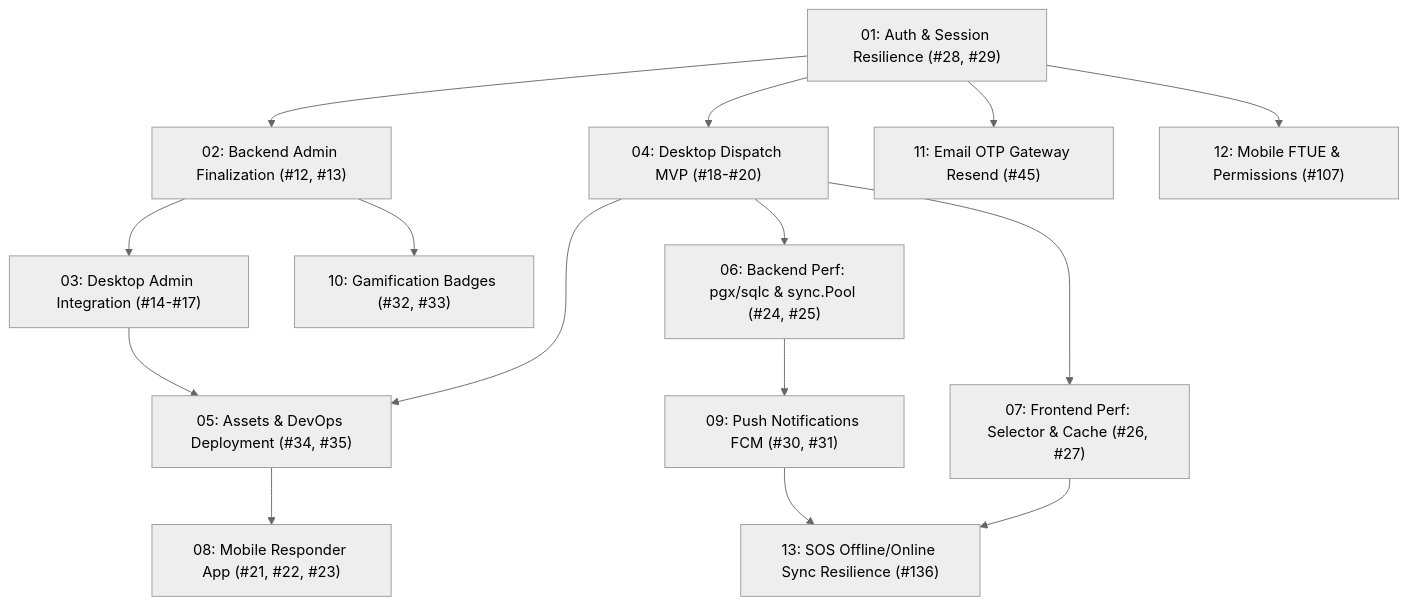
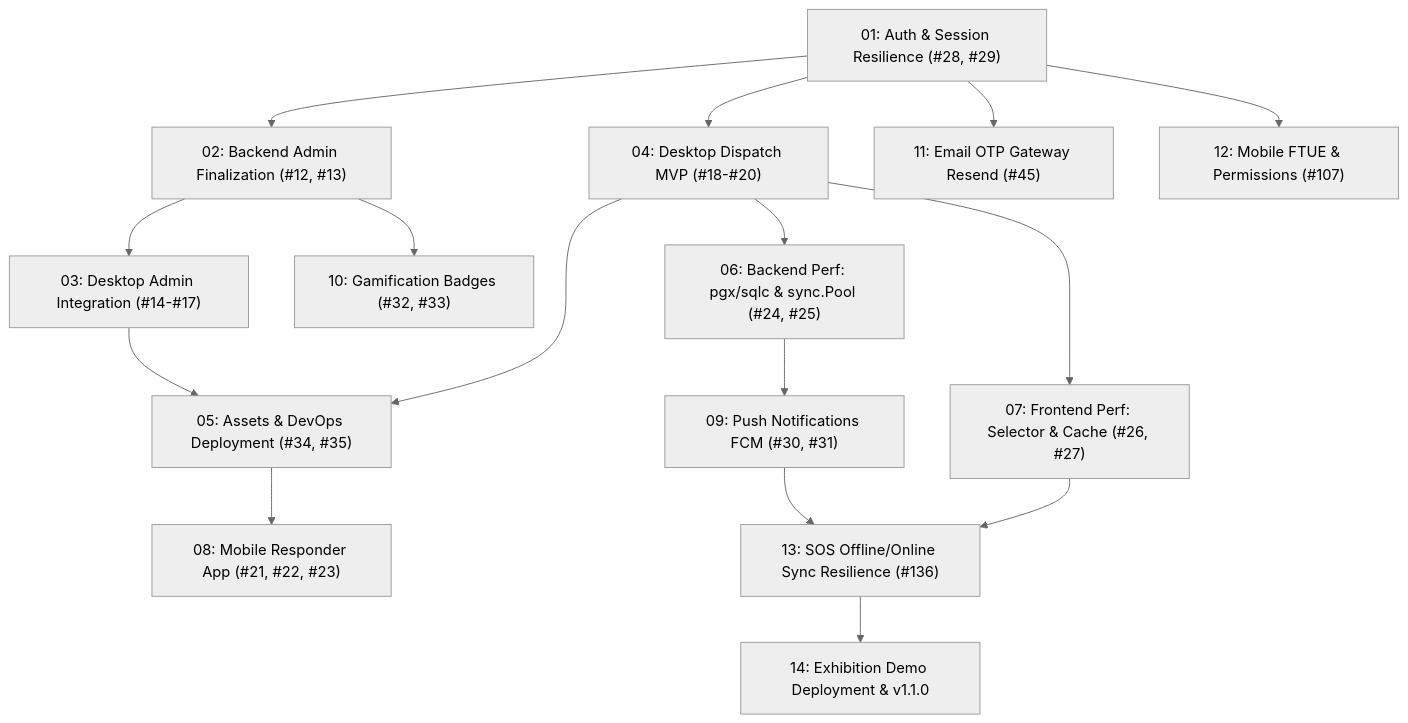
The diagram in .planning/README.md (fadhlur-alaudin86/SiagaKita), drawn with Mermaid (neutral theme) before and after one commit. The commit also changed other lines of this file and 16 other files, not shown here.

First line of the commit message:
feat(demo): disposable exhibition deployment tooling (v1.1.0) (#190)

````diff
--- a/.planning/README.md
+++ b/.planning/README.md
@@ -12,17 +12,18 @@
 ```mermaid
 graph TD
     P1["01: Auth & Session Resilience (#28, #29)"] --> P2["02: Backend Admin Finalization (#12, #13)"]
     P2 --> P3["03: Desktop Admin Integration (#14-#17)"]
     P1 --> P4["04: Desktop Dispatch MVP (#18-#20)"]
     P3 --> P5["05: Assets & DevOps Deployment (#34, #35)"]
     P4 --> P5
     P4 --> P6["06: Backend Perf: pgx/sqlc & sync.Pool (#24, #25)"]
     P4 --> P7["07: Frontend Perf: Selector & Cache (#26, #27)"]
     P5 --> P8["08: Mobile Responder App (#21, #22, #23)"]
     P6 --> P9["09: Push Notifications FCM (#30, #31)"]
     P2 --> P10["10: Gamification Badges (#32, #33)"]
     P1 --> P11["11: Email OTP Gateway Resend (#45)"]
     P1 --> P12["12: Mobile FTUE & Permissions (#107)"]
     P7 --> P13["13: SOS Offline/Online Sync Resilience (#136)"]
     P9 --> P13
+    P13 --> P14["14: Exhibition Demo Deployment & v1.1.0"]
 ```
````
